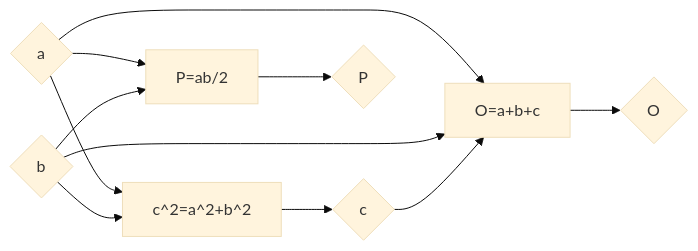
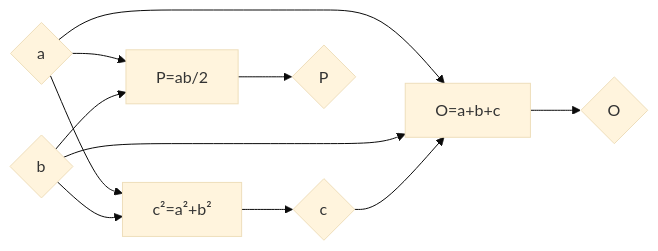
Before and after one commit to ndjapic/mat7-2024: the diagram in 02-pitagora/primena/trougao/01-pravougli.md, drawn with Mermaid (base theme).

````diff
--- a/02-pitagora/primena/trougao/01-pravougli.md
+++ b/02-pitagora/primena/trougao/01-pravougli.md
@@ -7,13 +7,13 @@
 ```mermaid
 graph LR;
-    PT[c^2=a^2+b^2] --> C{c};
+    PT[c&sup2;=a&sup2;+b&sup2;] --> C{c};
     A{a} --> PT;
     B{b} --> PT;
     FO[O=a+b+c] --> O{O};
     A --> FO;
     B --> FO;
     C --> FO;
     FP[P=ab/2] --> P{P};
     A --> FP;
     B --> FP;
 ```
````
